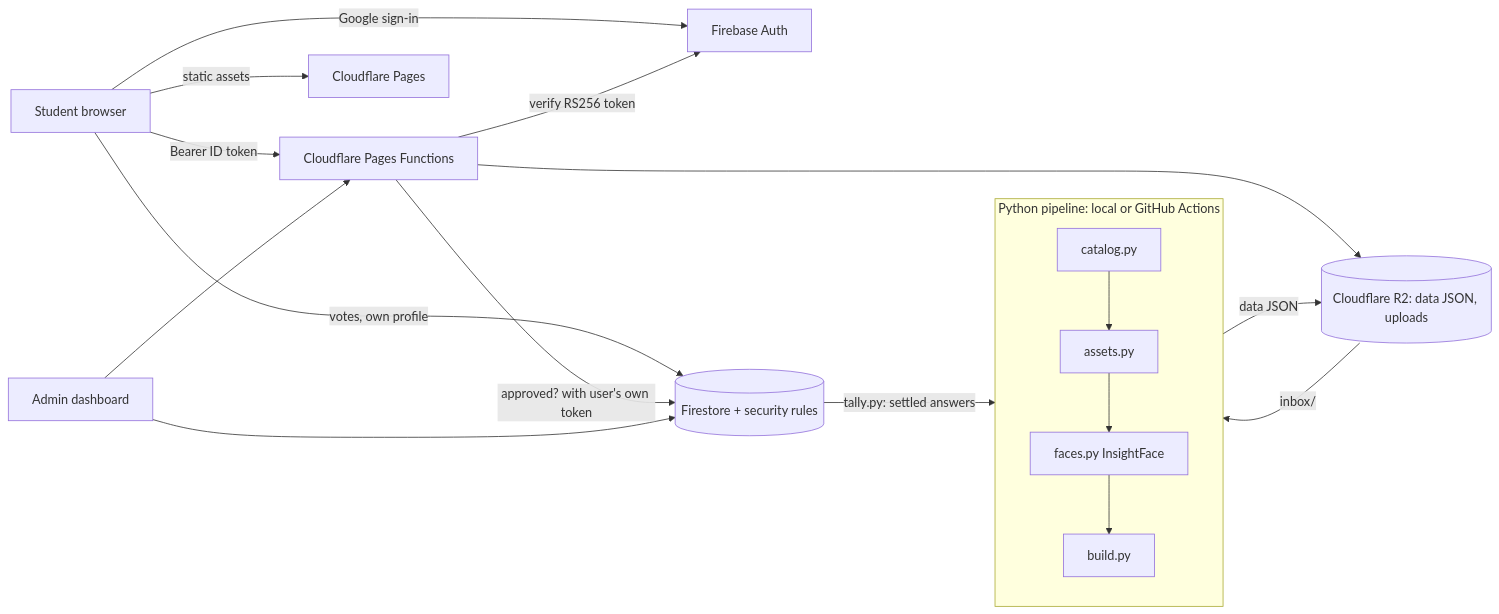
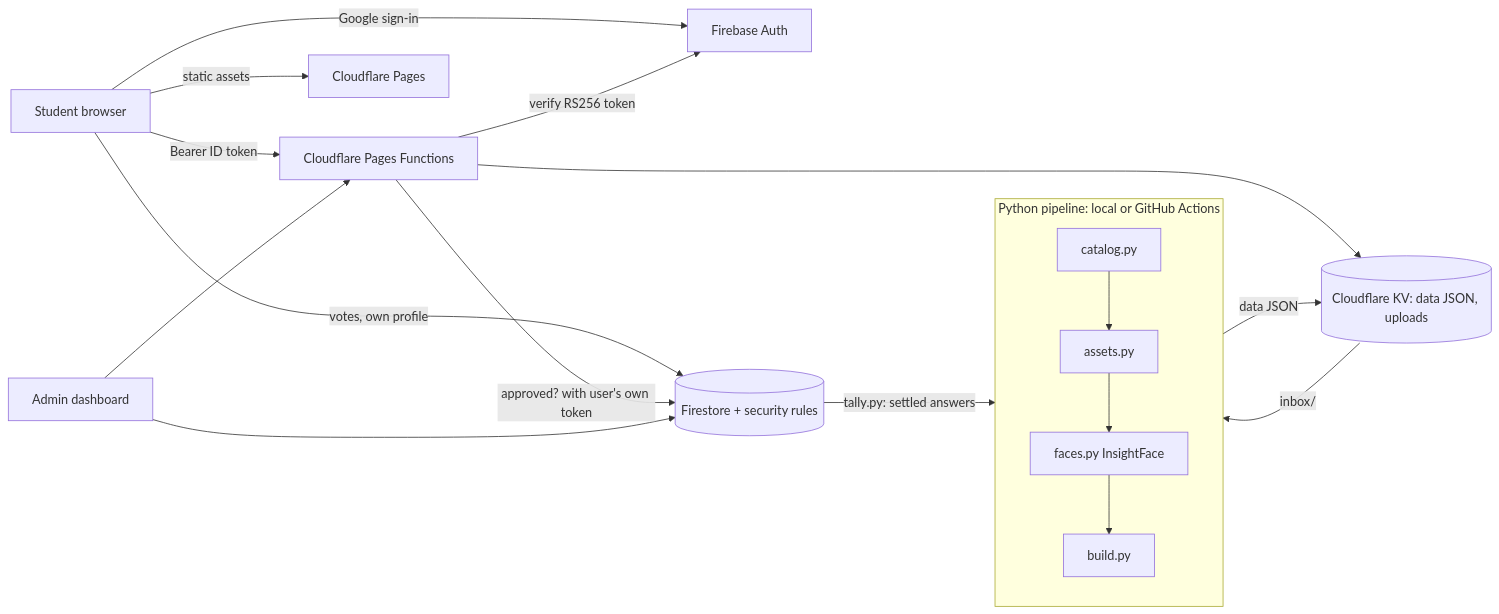
One commit to codewithpom/smriti changed the diagram in README.md. Above: the diagram before and after it, drawn with Mermaid. The commit also changed other lines of this file and 216 other files, not shown here.

````diff
--- a/README.md
+++ b/README.md
@@ -25,18 +27,18 @@
 ```mermaid
 flowchart LR
   S[Student browser] -- Google sign-in --> FA[Firebase Auth]
   S -- votes, own profile --> FS[(Firestore + security rules)]
   S -- Bearer ID token --> PF[Cloudflare Pages Functions]
   PF -- verify RS256 token --> FA
   PF -- approved? with user's own token --> FS
-  PF --> R2[(Cloudflare R2: data JSON, uploads)]
+  PF --> R2[(Cloudflare KV: data JSON, uploads)]
   S -- static assets --> CP[Cloudflare Pages]
   A[Admin dashboard] --> FS
   A --> PF
   subgraph Pipeline [Python pipeline: local or GitHub Actions]
     C[catalog.py] --> AS[assets.py] --> F[faces.py InsightFace] --> B[build.py]
   end
   R2 -- inbox/ --> Pipeline
   Pipeline -- data JSON --> R2
   FS -- tally.py: settled answers --> Pipeline
 ```
````
